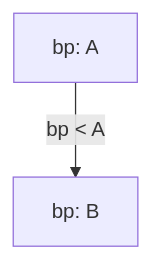
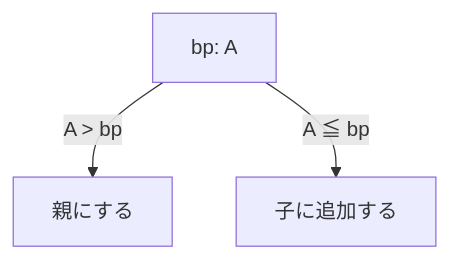
One commit to MathotaGamma/MathotaGamma.github.io changed the fourth of 4 diagrams in document/math-expression-parser.md. Above: the diagram before and after it, drawn with Mermaid.

````diff
--- a/document/math-expression-parser.md
+++ b/document/math-expression-parser.md
@@ -354,5 +354,6 @@
 ```mermaid
 flowchart TD
   A["bp: A"]
-  A --> |"bp < A"| B["bp: B"]
+  A --> |"A > bp"| B["親にする"]
+  A --> |"A ≦ bp"| C["子に追加する"]
 ```
````
